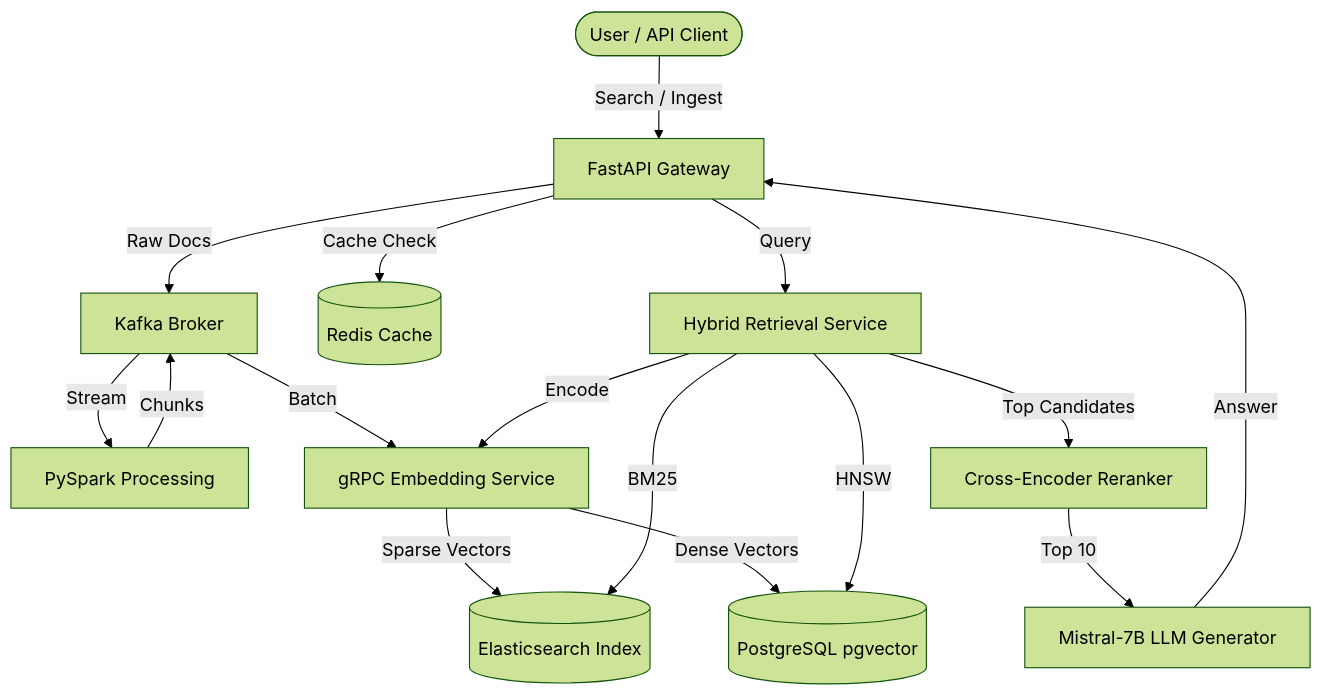
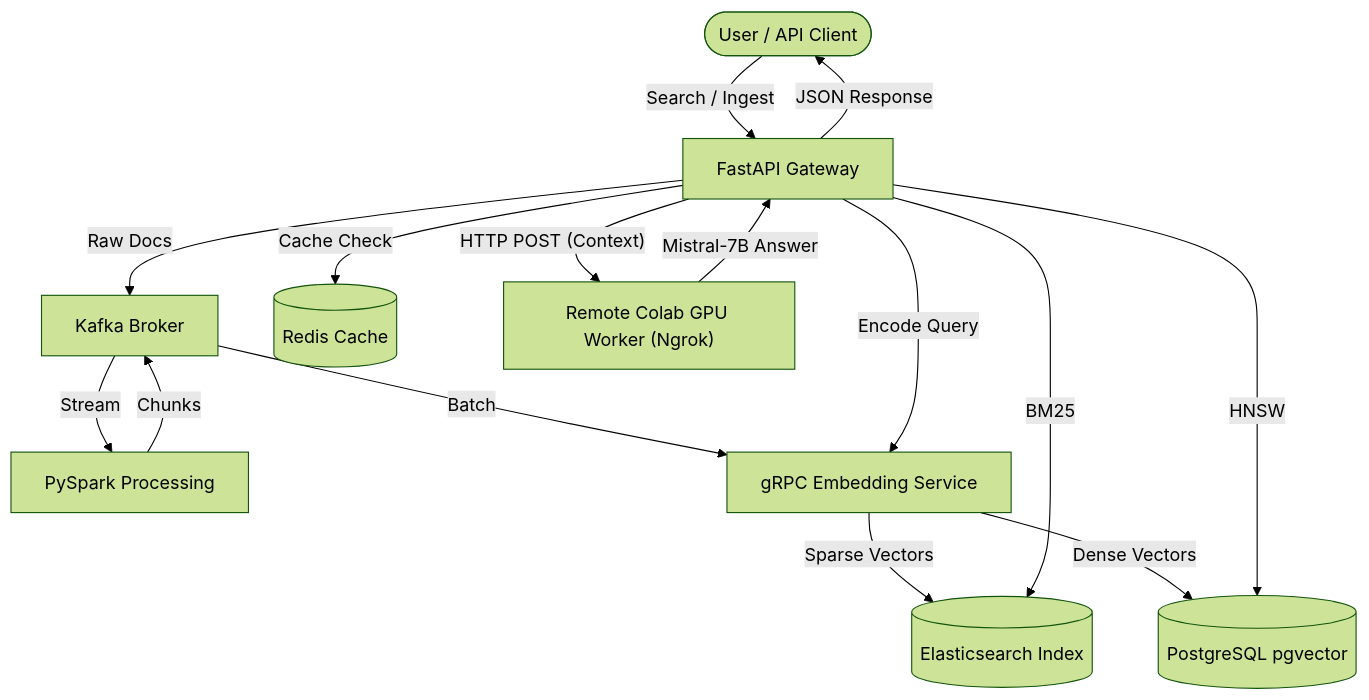
Before and after one commit to Paramveersingh-S/Semantic-search-RAG: the diagram in README.md, drawn with Mermaid (forest theme). The commit also changed other lines of this file, not shown here.

Commit message:
docs: update architecture flow and add colab integrations to readme

````diff
--- a/README.md
+++ b/README.md
@@ -24,33 +25,30 @@
 ```mermaid
 graph TD
     User(["User / API Client"])
     API["FastAPI Gateway"]
     Kafka["Kafka Broker"]
     Spark["PySpark Processing"]
     ES[("Elasticsearch Index")]
     PG[("PostgreSQL pgvector")]
     Redis[("Redis Cache")]
     Embed["gRPC Embedding Service"]
-    Retrieval["Hybrid Retrieval Service"]
-    Rerank["Cross-Encoder Reranker"]
-    RAG["Mistral-7B LLM Generator"]
+    Colab["Remote Colab GPU Worker (Ngrok)"]
 
     User -- "Search / Ingest" --> API
     API -- "Cache Check" --> Redis
     API -- "Raw Docs" --> Kafka
     Kafka -- "Stream" --> Spark
     Spark -- "Chunks" --> Kafka
     Kafka -- "Batch" --> Embed
     
     Embed -- "Sparse Vectors" --> ES
     Embed -- "Dense Vectors" --> PG
     
-    API -- "Query" --> Retrieval
-    Retrieval -- "Encode" --> Embed
-    Retrieval -- "BM25" --> ES
-    Retrieval -- "HNSW" --> PG
+    API -- "Encode Query" --> Embed
+    API -- "BM25" --> ES
+    API -- "HNSW" --> PG
     
-    Retrieval -- "Top Candidates" --> Rerank
-    Rerank -- "Top 10" --> RAG
-    RAG -- "Answer" --> API
+    API -- "HTTP POST (Context)" --> Colab
+    Colab -- "Mistral-7B Answer" --> API
+    API -- "JSON Response" --> User
 ```
````
